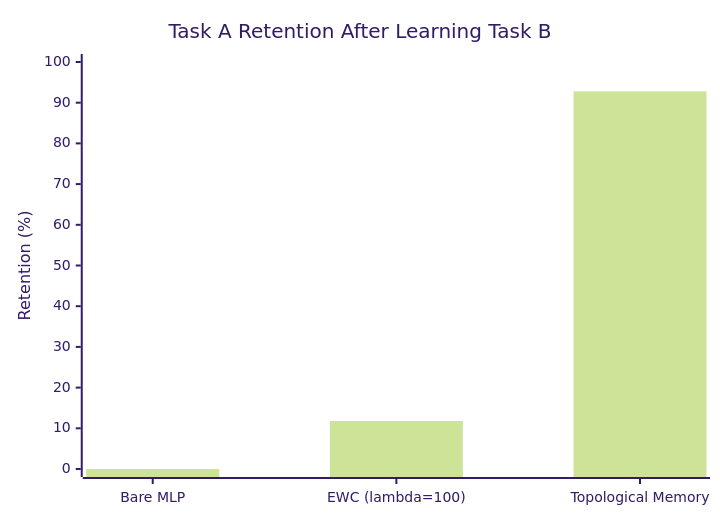
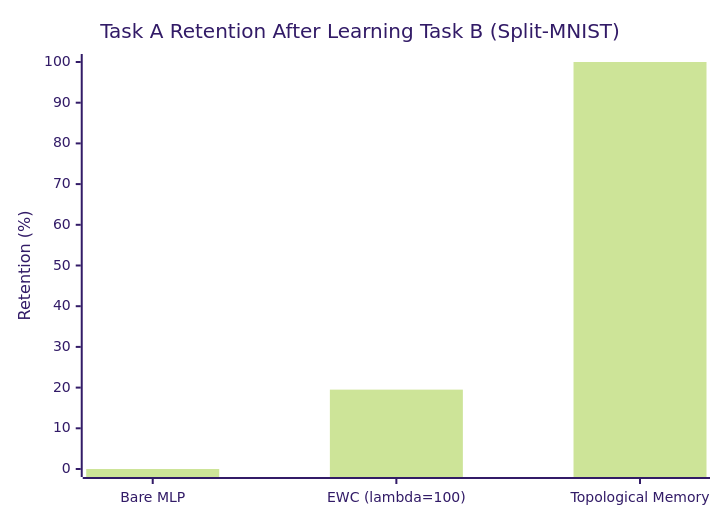
The second of 3 diagrams in README.md (Minu476/rich-learning), drawn with Mermaid (forest theme) before and after one commit. The commit also changed other lines of this file and 10 other files, not shown here.

Commit message:
Add pluggable graph backends and harden persistence contracts

````diff
--- a/README.md
+++ b/README.md
@@ -77,7 +84,7 @@
 ```mermaid
 xychart-beta
-    title "Task A Retention After Learning Task B"
+    title "Task A Retention After Learning Task B (Split-MNIST)"
     x-axis ["Bare MLP", "EWC (lambda=100)", "Topological Memory"]
     y-axis "Retention (%)" 0 --> 100
-    bar [0, 11.8, 92.8]
+    bar [0, 19.5, 100]
 ```
````
